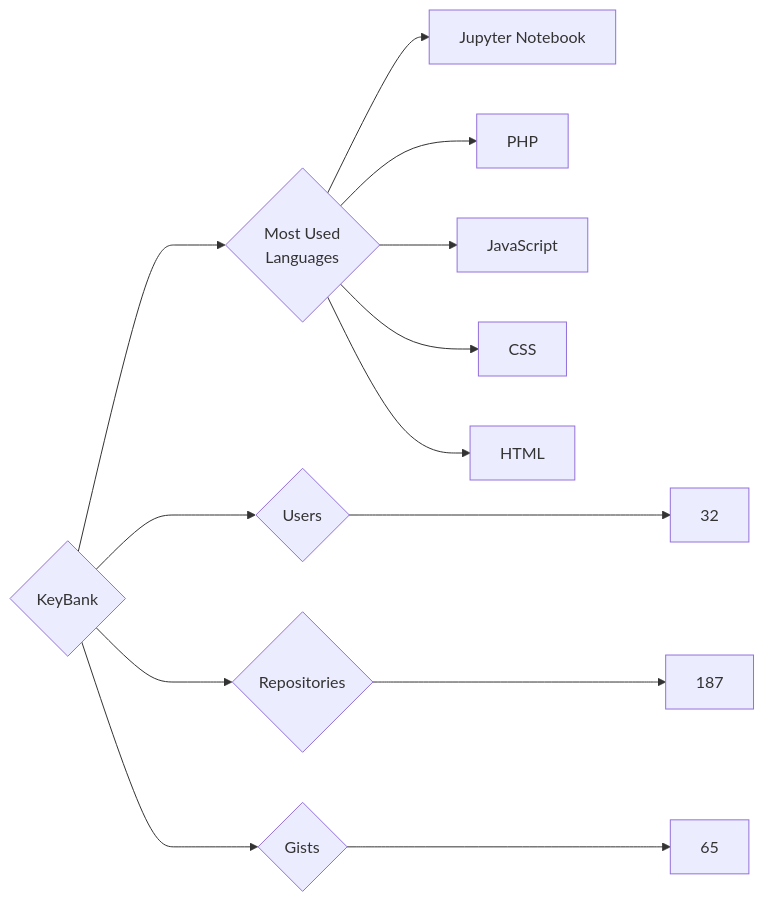
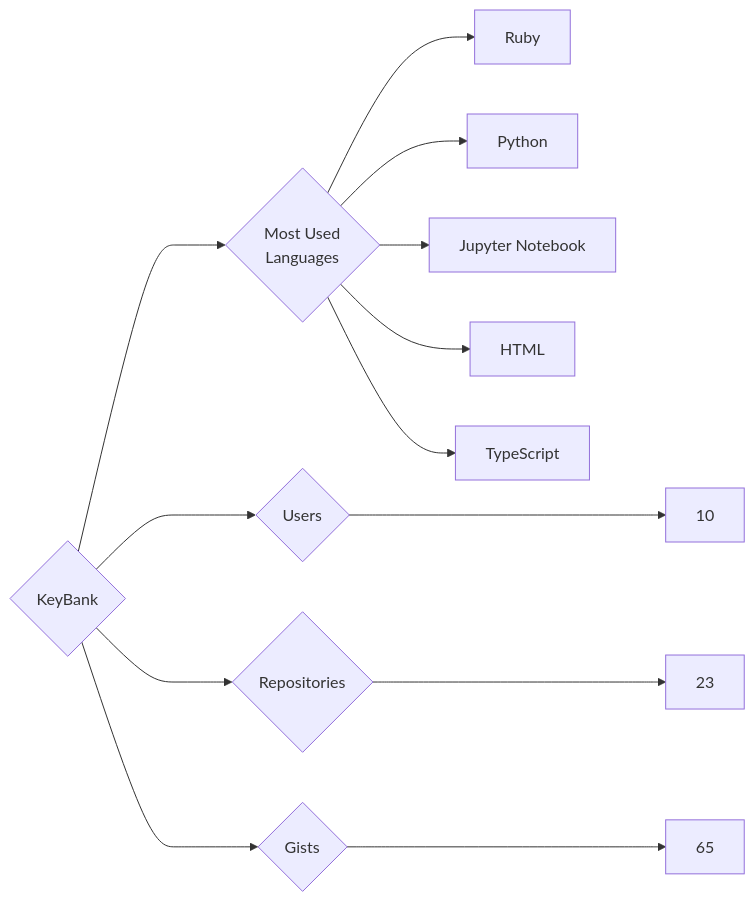
The diagram in targets/KeyBank/README.md (trickest/insiders), drawn with Mermaid before and after one commit. The commit also changed 899 other files, not shown here.

````diff
--- a/targets/KeyBank/README.md
+++ b/targets/KeyBank/README.md
@@ -3,13 +3,13 @@
 ```mermaid
 graph LR
 COMPANY_NAME{KeyBank}
-COMPANY_NAME ---> U{Users} ---> UN[32]
-COMPANY_NAME ---> R{Repositories} ---> RN[187]
+COMPANY_NAME ---> U{Users} ---> UN[10]
+COMPANY_NAME ---> R{Repositories} ---> RN[23]
 COMPANY_NAME ---> G{Gists} ---> GN[65]
 COMPANY_NAME ---> ML{Most Used<br>Languages}
+ML --> Ruby[Ruby]
+ML --> Python[Python]
 ML --> Jupyter_Notebook[Jupyter Notebook]
-ML --> PHP[PHP]
-ML --> JavaScript[JavaScript]
-ML --> CSS[CSS]
 ML --> HTML[HTML]
+ML --> TypeScript[TypeScript]
 ```
````
